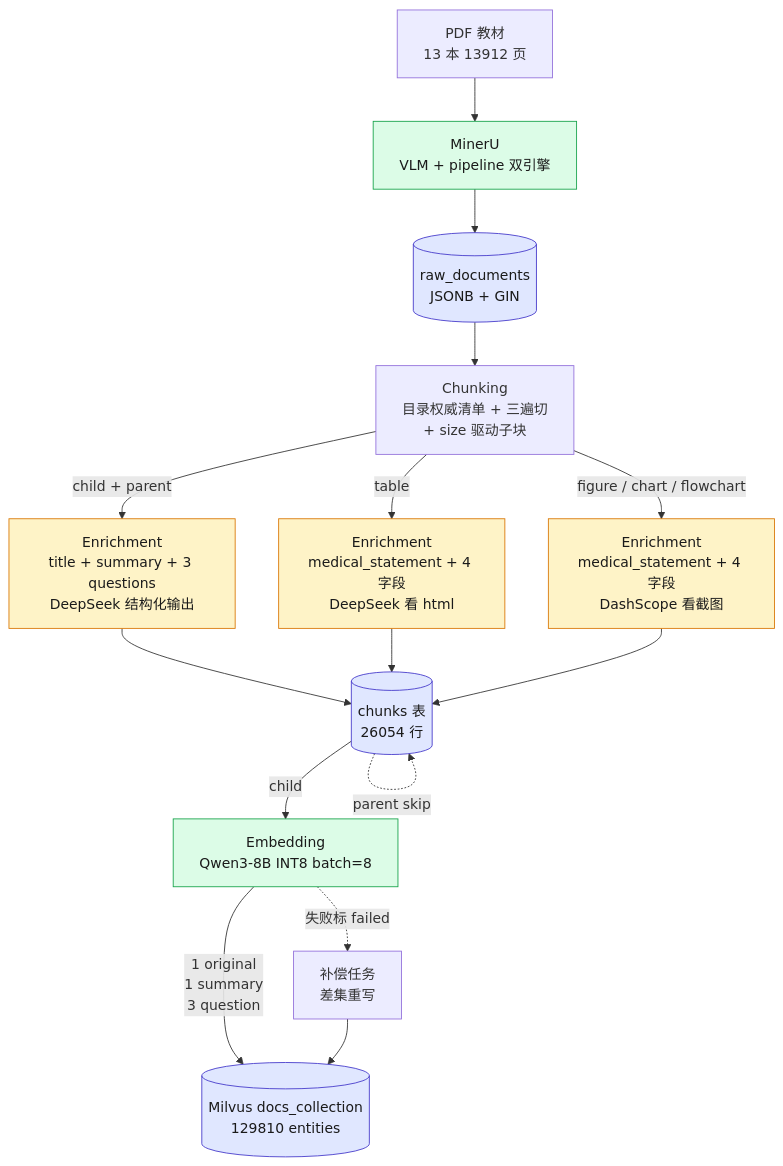
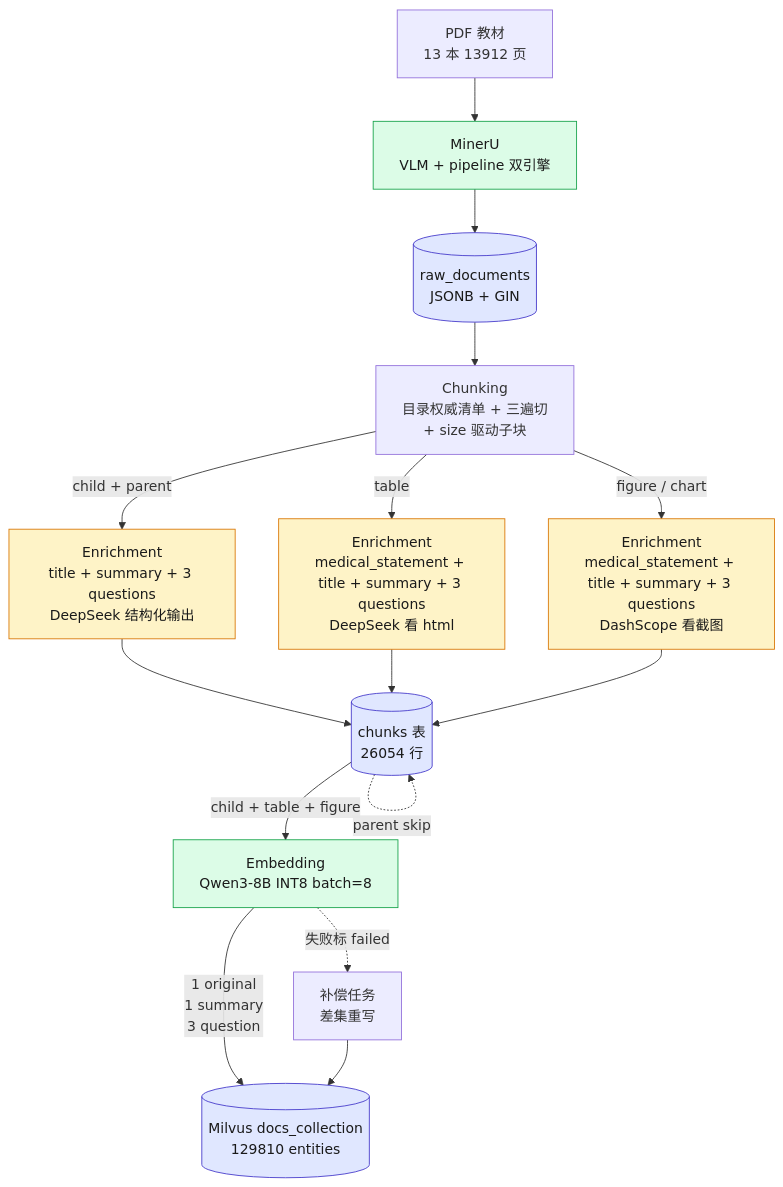
Before and after one commit to Handshakeworm/Agentic-RAG-Diagnose-Assistant: the third of 5 diagrams in README.md, drawn with Mermaid. The commit also changed other lines of this file and 6 other files, not shown here.

First line of the commit message:
docs: README 图对齐现状+瘦身 + 修复 mermaid 报错 + 待办收口

````diff
--- a/README.md
+++ b/README.md
@@ -383,28 +383,28 @@
 ```mermaid
 flowchart TD
     PDF[PDF 教材<br/>13 本 13912 页] --> MR[MinerU<br/>VLM + pipeline 双引擎]
     MR --> RD[(raw_documents<br/>JSONB + GIN)]
     RD --> CK[Chunking<br/>目录权威清单 + 三遍切<br/>+ size 驱动子块]
 
     CK -->|child + parent| EN1[Enrichment<br/>title + summary + 3 questions<br/>DeepSeek 结构化输出]
-    CK -->|table| EN2[Enrichment<br/>medical_statement + 4 字段<br/>DeepSeek 看 html]
-    CK -->|figure / chart / flowchart| EN3[Enrichment<br/>medical_statement + 4 字段<br/>DashScope 看截图]
+    CK -->|table| EN2[Enrichment<br/>medical_statement + title + summary + 3 questions<br/>DeepSeek 看 html]
+    CK -->|figure / chart| EN3[Enrichment<br/>medical_statement + title + summary + 3 questions<br/>DashScope 看截图]
 
     EN1 --> CH[(chunks 表<br/>26054 行)]
     EN2 --> CH
     EN3 --> CH
 
-    CH -->|child| EM[Embedding<br/>Qwen3-8B INT8 batch=8]
+    CH -->|child + table + figure| EM[Embedding<br/>Qwen3-8B INT8 batch=8]
     CH -.parent skip.-> CH
     EM -->|1 original<br/>1 summary<br/>3 question| MV[(Milvus docs_collection<br/>129810 entities)]
 
     EM -.失败标 failed.-> COMP[补偿任务<br/>差集重写]
     COMP --> MV
 
     classDef llm fill:#fef3c7,stroke:#d97706,color:#1a1a1a
     classDef gpu fill:#dcfce7,stroke:#16a34a,color:#1a1a1a
     classDef store fill:#e0e7ff,stroke:#4338ca,color:#1a1a1a
     class EN1,EN2,EN3 llm
     class EM,MR gpu
     class RD,CH,MV store
 ```
````
